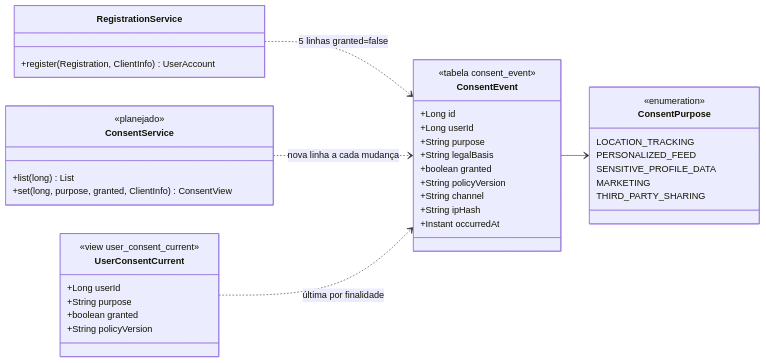
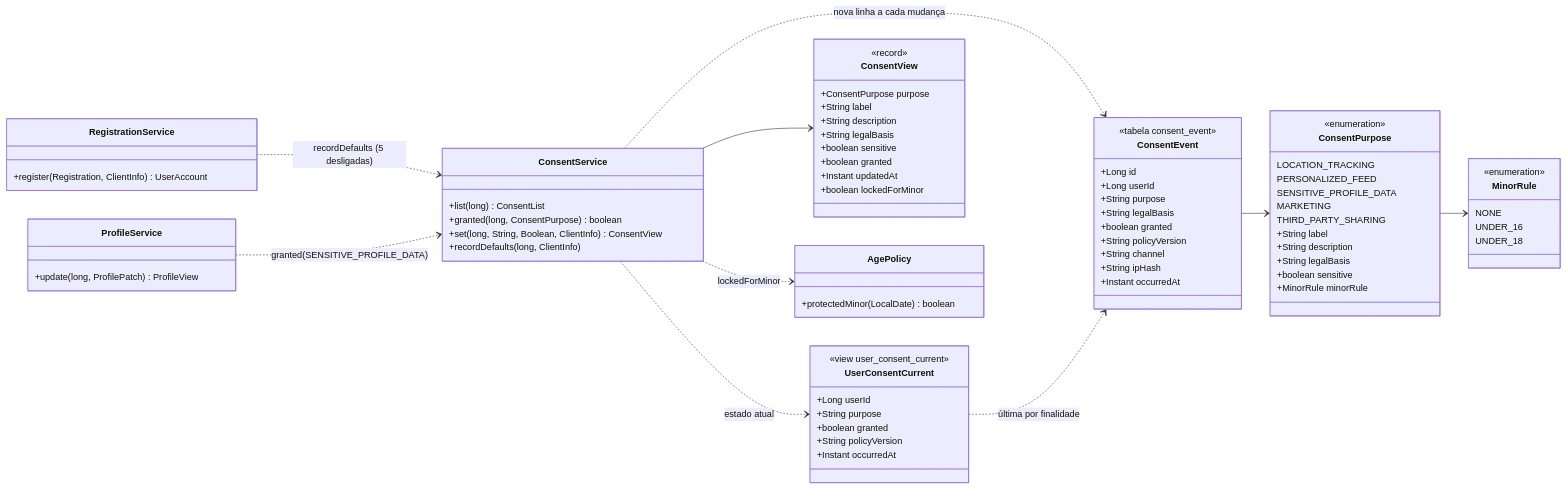
One commit to MatheusHaliski/Friendly-Eats changed the diagram in docs/RF3/classes.md. Above: the diagram before and after it, drawn with Mermaid. The commit also changed other lines of this file and 22 other files, not shown here.

````diff
--- a/docs/RF3/classes.md
+++ b/docs/RF3/classes.md
@@ -3,43 +3,78 @@
 ```mermaid
 classDiagram
     direction LR
     class ConsentEvent {
         <<tabela consent_event>>
         +Long id
         +Long userId
         +String purpose
         +String legalBasis
         +boolean granted
         +String policyVersion
         +String channel
         +String ipHash
         +Instant occurredAt
     }
     class UserConsentCurrent {
         <<view user_consent_current>>
         +Long userId
         +String purpose
         +boolean granted
         +String policyVersion
+        +Instant occurredAt
     }
     class ConsentPurpose {
         <<enumeration>>
         LOCATION_TRACKING
         PERSONALIZED_FEED
         SENSITIVE_PROFILE_DATA
         MARKETING
         THIRD_PARTY_SHARING
+        +String label
+        +String description
+        +String legalBasis
+        +boolean sensitive
+        +MinorRule minorRule
+    }
+    class MinorRule {
+        <<enumeration>>
+        NONE
+        UNDER_16
+        UNDER_18
+    }
+    class ConsentService {
+        +list(long) ConsentList
+        +granted(long, ConsentPurpose) boolean
+        +set(long, String, Boolean, ClientInfo) ConsentView
+        +recordDefaults(long, ClientInfo)
+    }
+    class ConsentView {
+        <<record>>
+        +ConsentPurpose purpose
+        +String label
+        +String description
+        +String legalBasis
+        +boolean sensitive
+        +boolean granted
+        +Instant updatedAt
+        +boolean lockedForMinor
     }
     class RegistrationService {
         +register(Registration, ClientInfo) UserAccount
     }
-    class ConsentService {
-        <<planejado>>
-        +list(long) List
-        +set(long, purpose, granted, ClientInfo) ConsentView
+    class ProfileService {
+        +update(long, ProfilePatch) ProfileView
     }
-    RegistrationService ..> ConsentEvent : 5 linhas granted=false
+    class AgePolicy {
+        +protectedMinor(LocalDate) boolean
+    }
+    RegistrationService ..> ConsentService : recordDefaults (5 desligadas)
+    ProfileService ..> ConsentService : granted(SENSITIVE_PROFILE_DATA)
+    ConsentService ..> AgePolicy : lockedForMinor
     ConsentService ..> ConsentEvent : nova linha a cada mudança
+    ConsentService ..> UserConsentCurrent : estado atual
+    ConsentService --> ConsentView
     UserConsentCurrent ..> ConsentEvent : última por finalidade
     ConsentEvent --> ConsentPurpose
+    ConsentPurpose --> MinorRule
 ```
````
